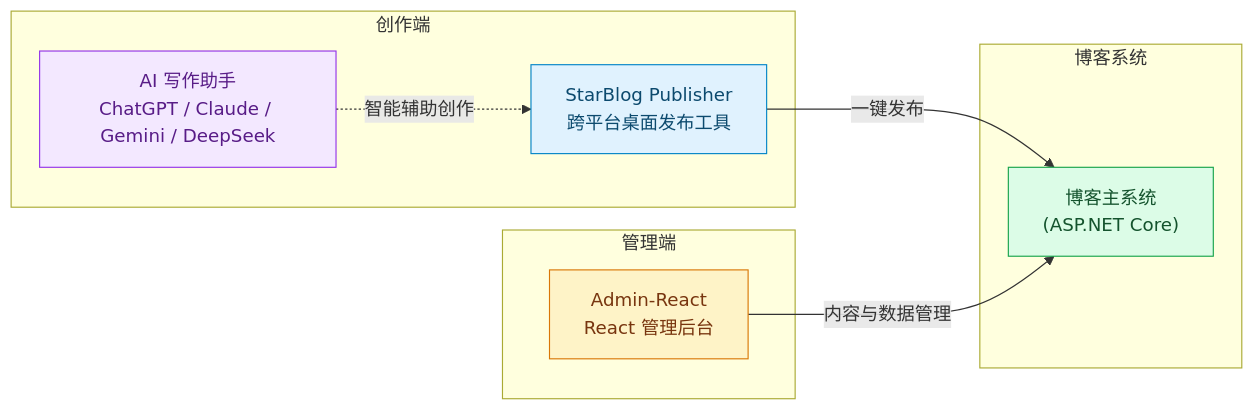
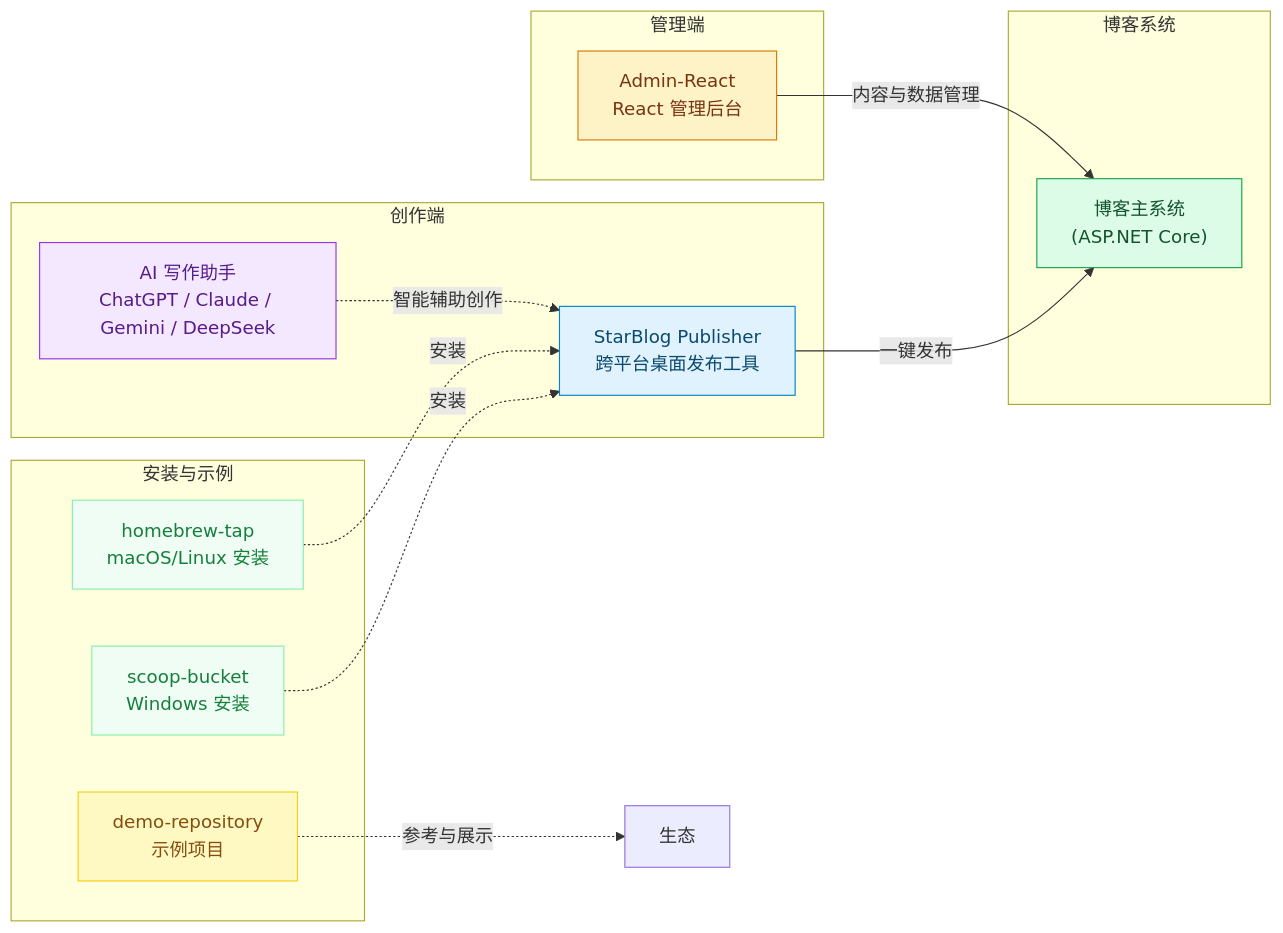
One commit to star-blog/.github changed the diagram in profile/README.md. Above: the diagram before and after it, drawn with Mermaid. The commit also changed other lines of this file, not shown here.

````diff
--- a/profile/README.md
+++ b/profile/README.md
@@ -13,24 +13,35 @@
 ```mermaid
 graph LR
+    subgraph 安装与示例
+        HB[homebrew-tap<br/>macOS/Linux 安装]
+        SC[scoop-bucket<br/>Windows 安装]
+        DM[demo-repository<br/>示例项目]
+    end
+
     subgraph 创作端
         P["StarBlog Publisher<br/>跨平台桌面发布工具"]
         AI["AI 写作助手<br/>ChatGPT / Claude / Gemini / DeepSeek"]
     end
 
     subgraph 管理端
         A["Admin-React<br/>React 管理后台"]
     end
 
     subgraph 博客系统
         S["博客主系统<br/>(ASP.NET Core)"]
     end
 
+    HB & SC -.->|"安装"| P
+    DM -.->|"参考与展示"| 生态
     P -->|"一键发布"| S
     A -->|"内容与数据管理"| S
     AI -.->|"智能辅助创作"| P
 
+    style HB fill:#f0fdf4,stroke:#86efac,color:#15803d
+    style SC fill:#f0fdf4,stroke:#86efac,color:#15803d
+    style DM fill:#fef9c3,stroke:#facc15,color:#854d0e
     style P fill:#e0f2fe,stroke:#0284c7,color:#0c4a6e
     style A fill:#fef3c7,stroke:#d97706,color:#78350f
     style S fill:#dcfce7,stroke:#16a34a,color:#14532d
     style AI fill:#f3e8ff,stroke:#9333ea,color:#581c87
 ```
````
